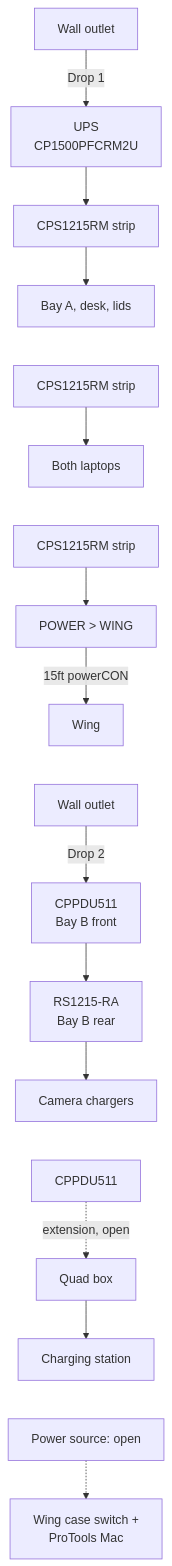
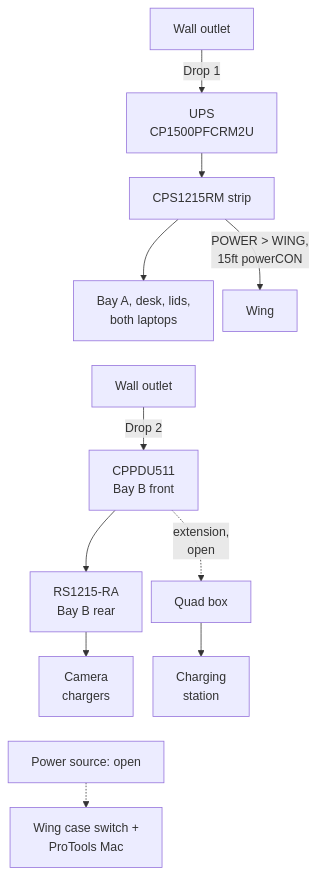
One commit to samholub/elim-avpro-production-station changed the fifth of 5 diagrams in build/README.md. Above: the diagram before and after it, drawn with Mermaid. The commit also changed other lines of this file and 1 other file, not shown here.

Commit message:
build/README: charts collapsed in <details> and shortened for phones (jacks as edge labels); STATUS

````diff
--- a/build/README.md
+++ b/build/README.md
@@ -131,16 +145,14 @@
 ```mermaid
+%%{init: {"flowchart": {"rankSpacing": 32, "nodeSpacing": 12}}}%%
 flowchart TD
   W1["Wall outlet"] -->|"Drop 1"| UPS["UPS<br/>CP1500PFCRM2U"]
-  UPS --> ST["CPS1215RM strip"] --> GEAR["Bay A, desk, lids"]
-  GEAR ~~~ ST2["CPS1215RM strip"]
-  ST2 --> LAP["Both laptops"]
-  LAP ~~~ ST3["CPS1215RM strip"]
-  ST3 --> PW["POWER &gt; WING"] -->|"15ft powerCON"| WG["Wing"]
-  WG ~~~ W2["Wall outlet"]
+  UPS --> ST["CPS1215RM strip"]
+  ST --> GEAR["Bay A, desk, lids,<br/>both laptops"]
+  ST -->|"POWER &gt; WING,<br/>15ft powerCON"| WG["Wing"]
+  GEAR ~~~ W2["Wall outlet"]
   W2 -->|"Drop 2"| PDU["CPPDU511<br/>Bay B front"]
-  PDU --> RS["RS1215-RA<br/>Bay B rear"] --> CH["Camera chargers"]
-  CH ~~~ PDU2["CPPDU511"]
-  PDU2 -. "extension, open" .-> QB["Quad box"] --> CS["Charging station"]
-  CS ~~~ NP["Power source: open"]
+  PDU --> RS["RS1215-RA<br/>Bay B rear"] --> CH["Camera<br/>chargers"]
+  PDU -.->|"extension,<br/>open"| QB["Quad box"] --> CS["Charging<br/>station"]
+  CH ~~~ NP["Power source: open"]
   NP -.-> WCP["Wing case switch +<br/>ProTools Mac"]
 ```
````
